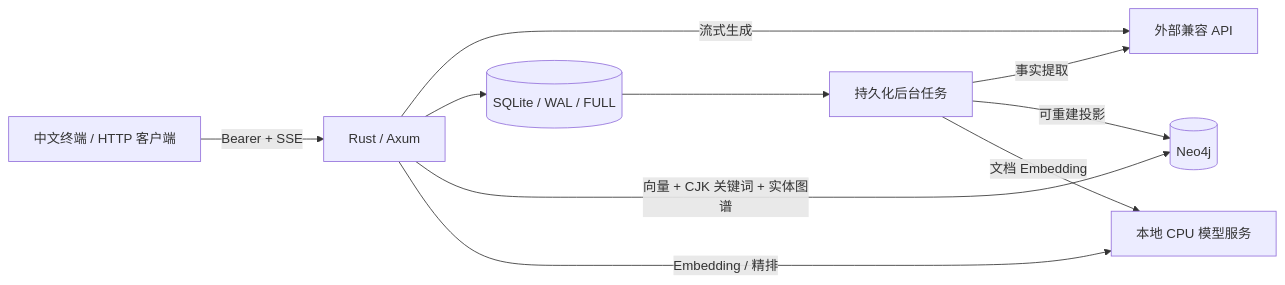
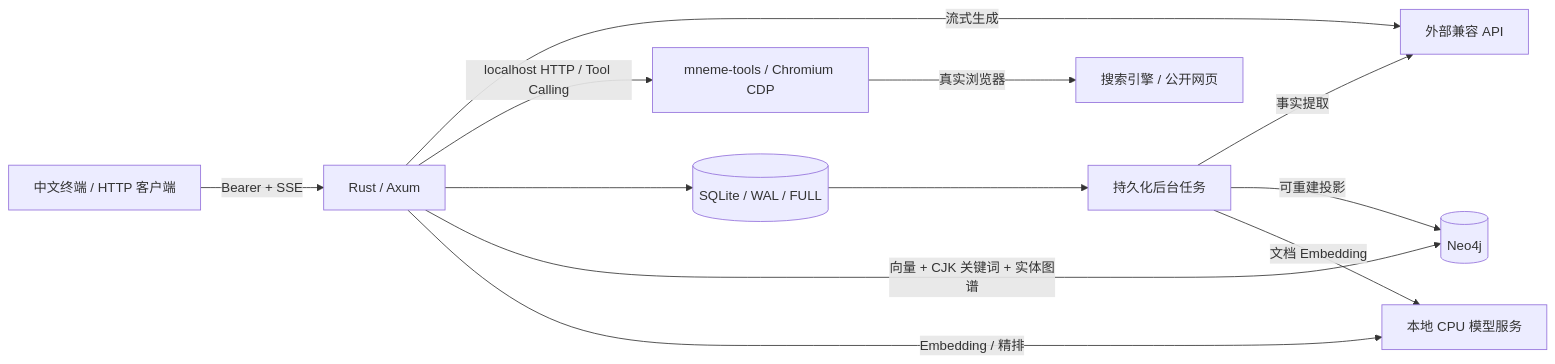
One commit to VesperGlow/mneme changed the diagram in README.md. Above: the diagram before and after it, drawn with Mermaid. The commit also changed other lines of this file and 47 other files, not shown here.

````diff
--- a/README.md
+++ b/README.md
@@ -9,12 +9,14 @@
 ```mermaid
 flowchart LR
     Client[中文终端 / HTTP 客户端] -->|Bearer + SSE| Rust[Rust / Axum]
     Rust -->|流式生成| LLM[外部兼容 API]
+    Rust -->|localhost HTTP / Tool Calling| Tools[mneme-tools / Chromium CDP]
+    Tools -->|真实浏览器| Web[搜索引擎 / 公开网页]
     Rust --> SQLite[(SQLite / WAL / FULL)]
     SQLite --> Worker[持久化后台任务]
     Worker -->|事实提取| LLM
     Worker -->|可重建投影| Neo4j[(Neo4j)]
     Rust -->|向量 + CJK 关键词 + 实体图谱| Neo4j
     Rust -->|Embedding / 精排| Models[本地 CPU 模型服务]
     Worker -->|文档 Embedding| Models
 ```
````
